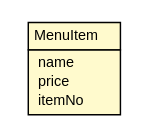
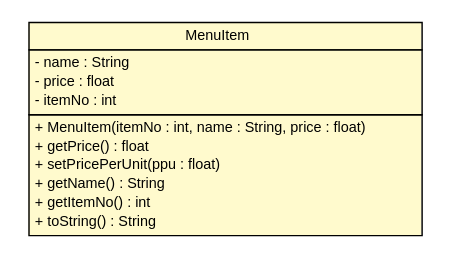
Before and after one commit to DDevine/CrapPOS: the diagram in docs/au/edu/griffith/ict/MenuItem.dot, drawn with Graphviz. The commit also changed 50 other files, not shown here.

```diff
--- a/docs/au/edu/griffith/ict/MenuItem.dot
+++ b/docs/au/edu/griffith/ict/MenuItem.dot
@@ -1,23 +1,31 @@
 #!/usr/local/bin/dot
 #
 # Class diagram 
 # Generated by UMLGraph version 1.6 (http://www.umlgraph.org/)
 #
 
 digraph G {
 	edge [fontname="Helvetica",fontsize=10,labelfontname="Helvetica",labelfontsize=10];
 	node [fontname="Helvetica",fontsize=10,shape=plaintext];
 	nodesep=0.25;
 	ranksep=0.5;
 	// au.edu.griffith.ict.MenuItem
-	c67 [label=<<table title="au.edu.griffith.ict.MenuItem" border="0" cellborder="1" cellspacing="0" cellpadding="2" port="p" bgcolor="lemonChiffon" href="./MenuItem.html">
+	c60 [label=<<table title="au.edu.griffith.ict.MenuItem" border="0" cellborder="1" cellspacing="0" cellpadding="2" port="p" bgcolor="lemonChiffon" href="./MenuItem.html">
 		<tr><td><table border="0" cellspacing="0" cellpadding="1">
 <tr><td align="center" balign="center"> MenuItem </td></tr>
 		</table></td></tr>
 		<tr><td><table border="0" cellspacing="0" cellpadding="1">
-<tr><td align="left" balign="left">  name </td></tr>
-<tr><td align="left" balign="left">  price </td></tr>
-<tr><td align="left" balign="left">  itemNo </td></tr>
+<tr><td align="left" balign="left"> - name : String </td></tr>
+<tr><td align="left" balign="left"> - price : float </td></tr>
+<tr><td align="left" balign="left"> - itemNo : int </td></tr>
+		</table></td></tr>
+		<tr><td><table border="0" cellspacing="0" cellpadding="1">
+<tr><td align="left" balign="left"> + MenuItem(itemNo : int, name : String, price : float) </td></tr>
+<tr><td align="left" balign="left"> + getPrice() : float </td></tr>
+<tr><td align="left" balign="left"> + setPricePerUnit(ppu : float) </td></tr>
+<tr><td align="left" balign="left"> + getName() : String </td></tr>
+<tr><td align="left" balign="left"> + getItemNo() : int </td></tr>
+<tr><td align="left" balign="left"> + toString() : String </td></tr>
 		</table></td></tr>
 		</table>>, URL="./MenuItem.html", fontname="Helvetica", fontcolor="black", fontsize=10.0];
 }
```
